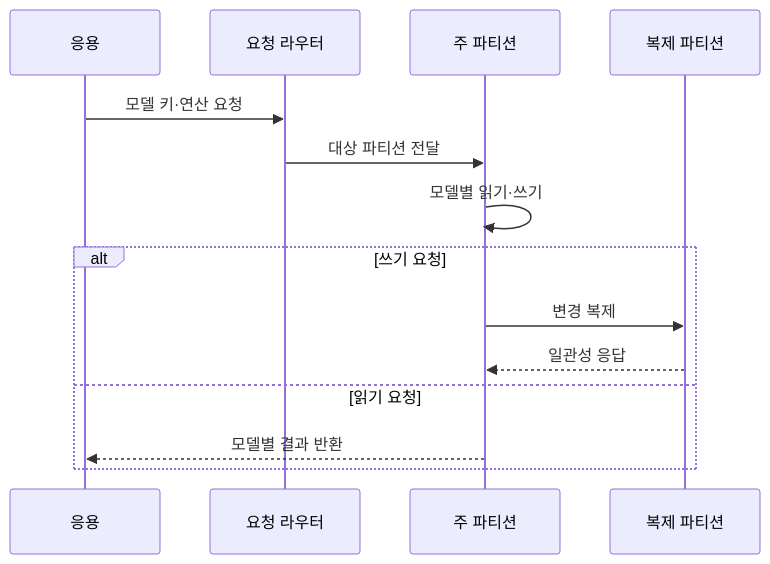
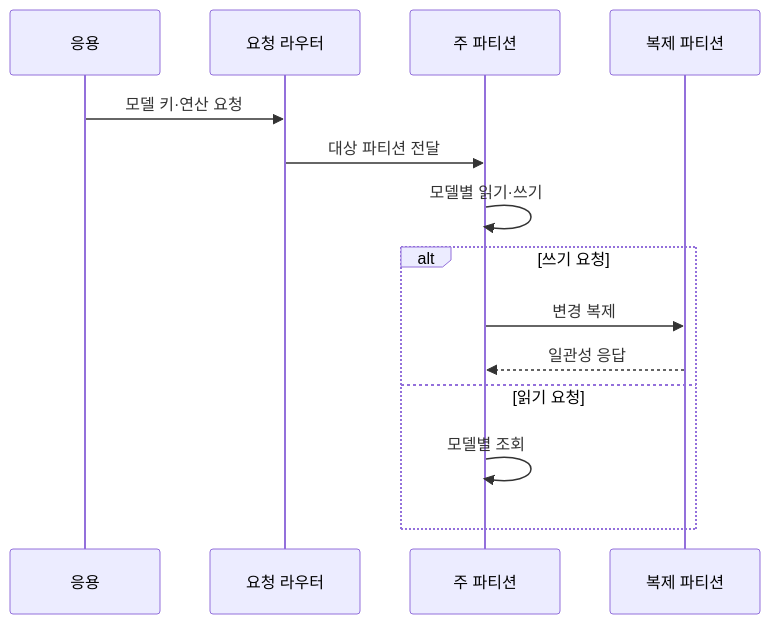
Before and after one commit to agnusdei1207/knowledge-base: the second of 2 diagrams in src/content/docs/notes/03-software/102_nosql_types.md, drawn with Mermaid. The commit also changed other lines of this file and 13 other files, not shown here.

````diff
--- a/src/content/docs/notes/03-software/102_nosql_types.md
+++ b/src/content/docs/notes/03-software/102_nosql_types.md
@@ -82,16 +82,16 @@
 ```mermaid
 sequenceDiagram
     participant A as 응용
     participant R as 요청 라우터
     participant P as 주 파티션
     participant S as 복제 파티션
     A->>R: 모델 키·연산 요청
     R->>P: 대상 파티션 전달
     P->>P: 모델별 읽기·쓰기
     alt 쓰기 요청
         P->>S: 변경 복제
         S-->>P: 일관성 응답
     else 읽기 요청
-        P-->>A: 모델별 결과 반환
+        P->>P: 모델별 조회
     end
 ```
````
